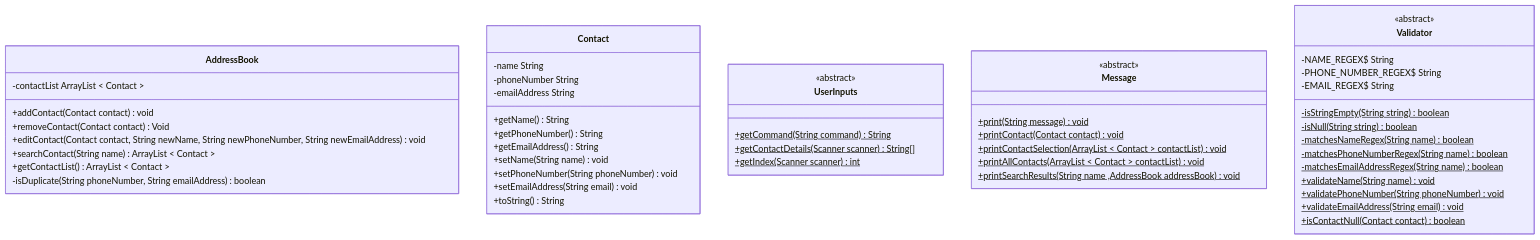
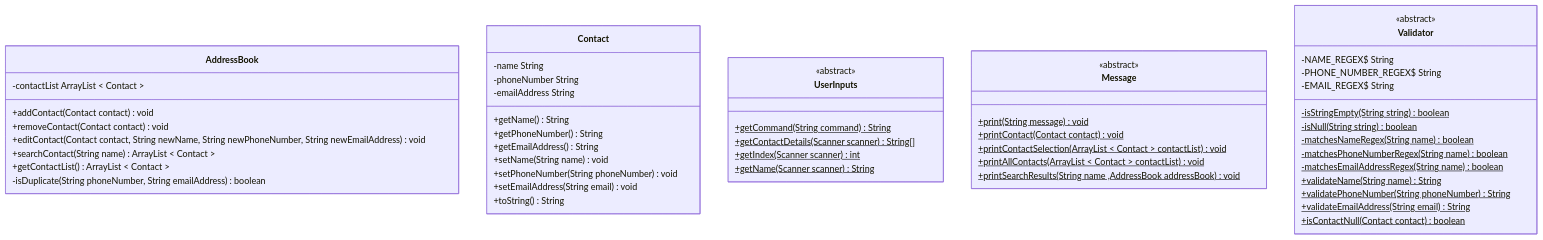
Before and after one commit to fabiodplacerda/Address-book: the diagram in docs/domain-models-test-plan.md, drawn with Mermaid. The commit also changed other lines of this file and 1 other file, not shown here.

Commit message:
UPDATE: final adjustments

````diff
--- a/docs/domain-models-test-plan.md
+++ b/docs/domain-models-test-plan.md
@@ -85,57 +94,58 @@
 ```mermaid
 classDiagram
     class AddressBook {
         -contactList ArrayList < Contact >
         +addContact(Contact contact) void
-        +removeContact(Contact contact) Void
+        +removeContact(Contact contact) void
         +editContact(Contact contact, String newName, String newPhoneNumber, String newEmailAddress) void
         +searchContact(String name) ArrayList < Contact >
         +getContactList() ArrayList < Contact >
         -isDuplicate(String phoneNumber, String emailAddress) boolean
     }
 
     class Contact {
         -name String
         -phoneNumber String
         -emailAddress String
         +getName() String
         +getPhoneNumber() String
         +getEmailAddress() String
         +setName(String name) void
         +setPhoneNumber(String phoneNumber) void
         +setEmailAddress(String email) void
         +toString() String
     }
 
     class UserInputs {
         <<abstract>>
         +getCommand(String command)$ String
         +getContactDetails(Scanner scanner)$ String[]
         +getIndex(Scanner scanner)$ int
+        +getName(Scanner scanner)$ String
     }
     class Message {
         <<abstract>>
         +print(String message)$ void
         +printContact(Contact contact)$ void
         +printContactSelection(ArrayList < Contact > contactList)$ void
         +printAllContacts(ArrayList < Contact > contactList)$ void
         +printSearchResults(String name ,AddressBook addressBook)$ void
     }
 
     class Validator {
         <<abstract>>
         -NAME_REGEX$ String
         -PHONE_NUMBER_REGEX$ String
         -EMAIL_REGEX$ String
         -isStringEmpty(String string)$ boolean
         -isNull(String string)$ boolean
         -matchesNameRegex(String name)$ boolean
         -matchesPhoneNumberRegex(String name)$ boolean
         -matchesEmailAddressRegex(String name)$ boolean
-        +validateName(String name)$ void
-        +validatePhoneNumber(String phoneNumber)$ void
-        +validateEmailAddress(String email)$ void
+        +validateName(String name)$ String
+        +validatePhoneNumber(String phoneNumber)$ String
+        +validateEmailAddress(String email)$ String
         +isContactNull(Contact contact)$ boolean
     }
 
 ```
````
